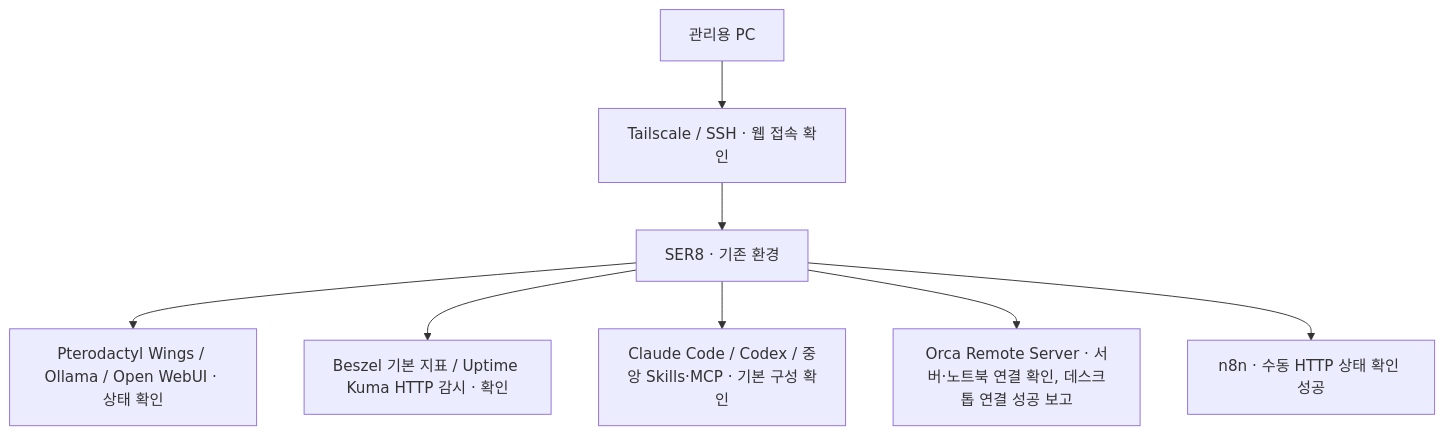
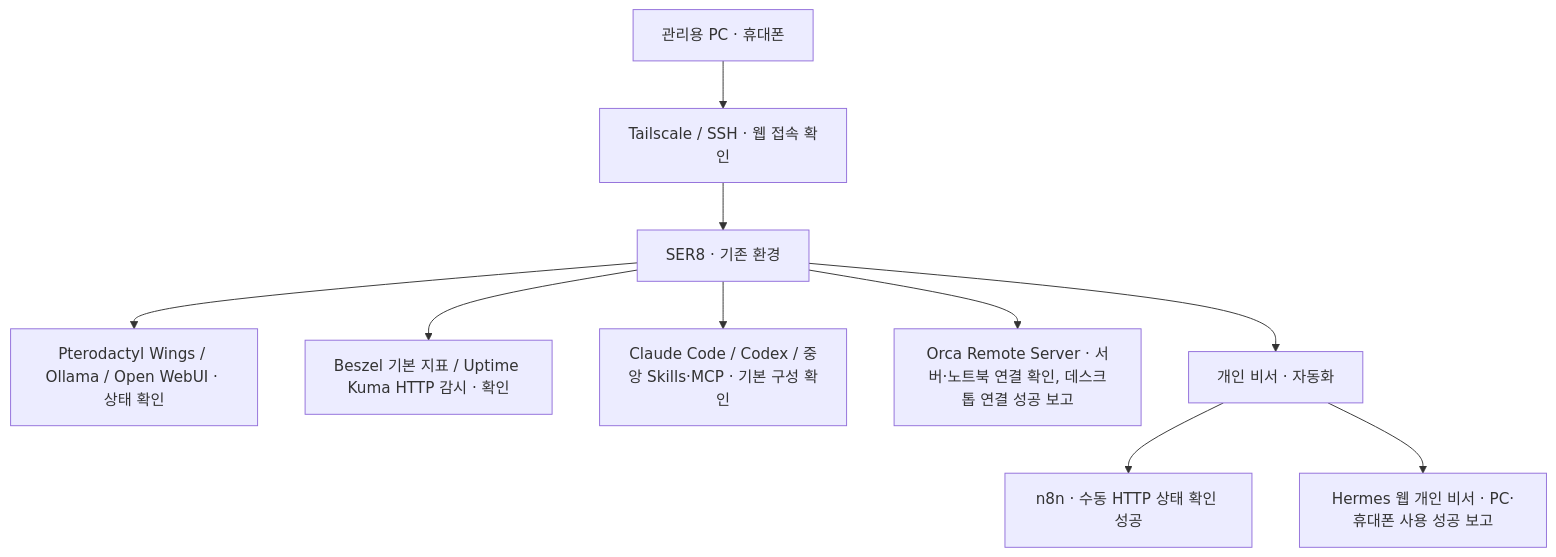
Before and after one commit to kosmos-s/ser8-home-server-ai: the diagram in README.md, drawn with Mermaid. The commit also changed other lines of this file and 16 other files, not shown here.

````diff
--- a/README.md
+++ b/README.md
@@ -60,10 +74,12 @@
 ```mermaid
 flowchart TD
-    A[관리용 PC] --> B[Tailscale / SSH · 웹 접속 확인]
+    A[관리용 PC · 휴대폰] --> B[Tailscale / SSH · 웹 접속 확인]
     B --> C[SER8 · 기존 환경]
     C --> D[Pterodactyl Wings / Ollama / Open WebUI · 상태 확인]
     C --> E[Beszel 기본 지표 / Uptime Kuma HTTP 감시 · 확인]
     C --> F[Claude Code / Codex / 중앙 Skills·MCP · 기본 구성 확인]
     C --> G[Orca Remote Server · 서버·노트북 연결 확인, 데스크톱 연결 성공 보고]
-    C --> H[n8n · 수동 HTTP 상태 확인 성공]
+    C --> P[개인 비서 · 자동화]
+    P --> H[n8n · 수동 HTTP 상태 확인 성공]
+    P --> I[Hermes 웹 개인 비서 · PC·휴대폰 사용 성공 보고]
 ```
````
